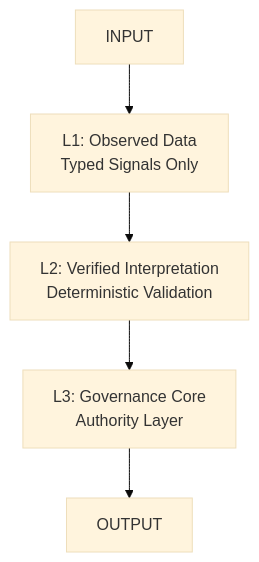
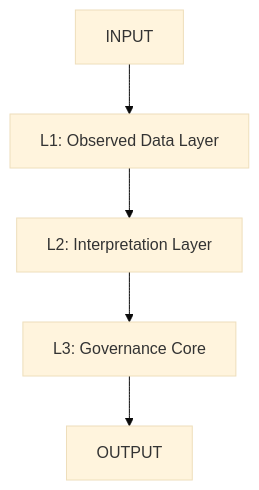
The first of 4 diagrams in README.md (GeneralSergal/ORP), drawn with Mermaid (base theme) before and after one commit. The commit also changed other lines of this file, not shown here.

````diff
--- a/README.md
+++ b/README.md
@@ -69,7 +56,7 @@
 ```mermaid
 flowchart TD
-    IN[INPUT] --> L1[L1: Observed Data<br/>Typed Signals Only]
-    L1 --> L2[L2: Verified Interpretation<br/>Deterministic Validation]
-    L2 --> L3[L3: Governance Core<br/>Authority Layer]
+    IN[INPUT] --> L1[L1: Observed Data Layer]
+    L1 --> L2[L2: Interpretation Layer]
+    L2 --> L3[L3: Governance Core]
     L3 --> OUT[OUTPUT]
 ```
````
